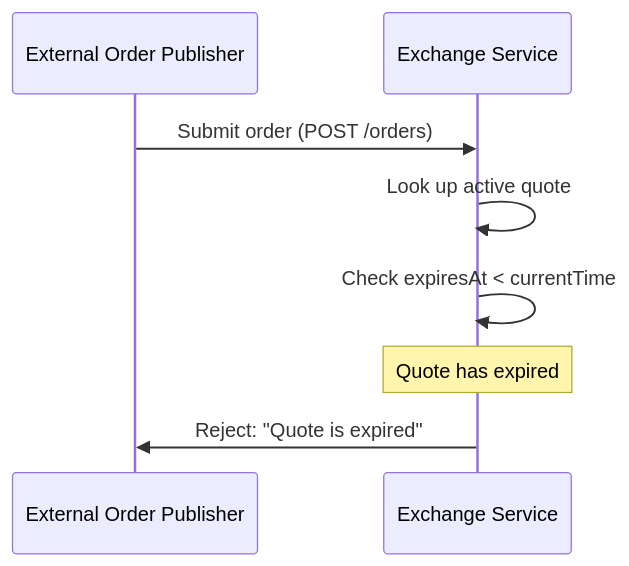
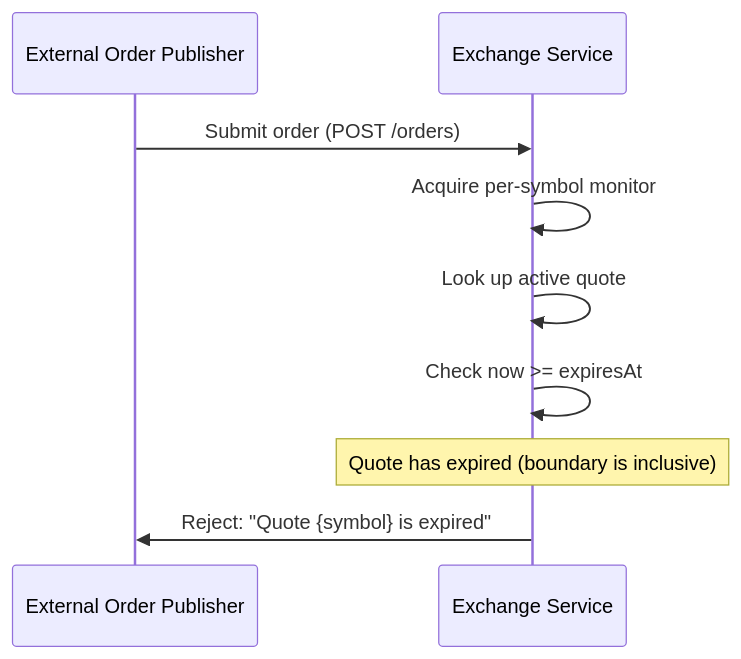
One commit to TaniDiament/Velocity-Trading changed the second of 12 diagrams in docs/workflows.md. Above: the diagram before and after it, drawn with Mermaid. The commit also changed other lines of this file, not shown here.

````diff
--- a/docs/workflows.md
+++ b/docs/workflows.md
@@ -20,10 +20,11 @@
 ```mermaid
 sequenceDiagram
   participant user as External Order Publisher
   participant exchange as Exchange Service
   user->>exchange: Submit order (POST /orders)
+  exchange->>exchange: Acquire per-symbol monitor
   exchange->>exchange: Look up active quote
-  exchange->>exchange: Check expiresAt < currentTime
-  Note over exchange: Quote has expired
-  exchange->>user: Reject: "Quote is expired"
+  exchange->>exchange: Check now >= expiresAt
+  Note over exchange: Quote has expired (boundary is inclusive)
+  exchange->>user: Reject: "Quote {symbol} is expired"
 ```
````
